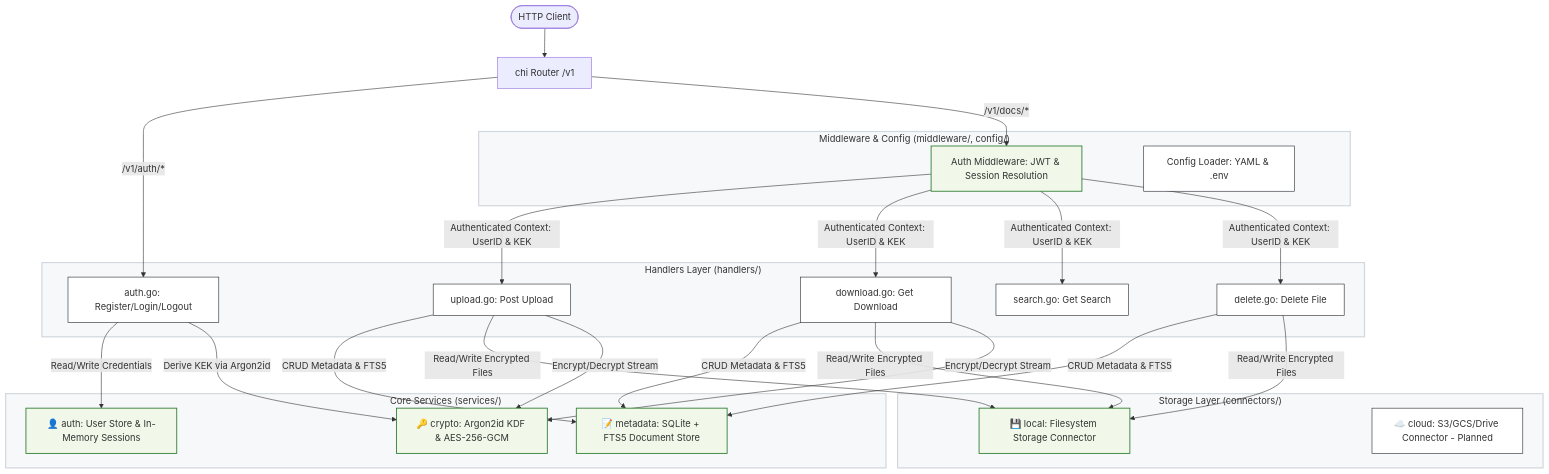
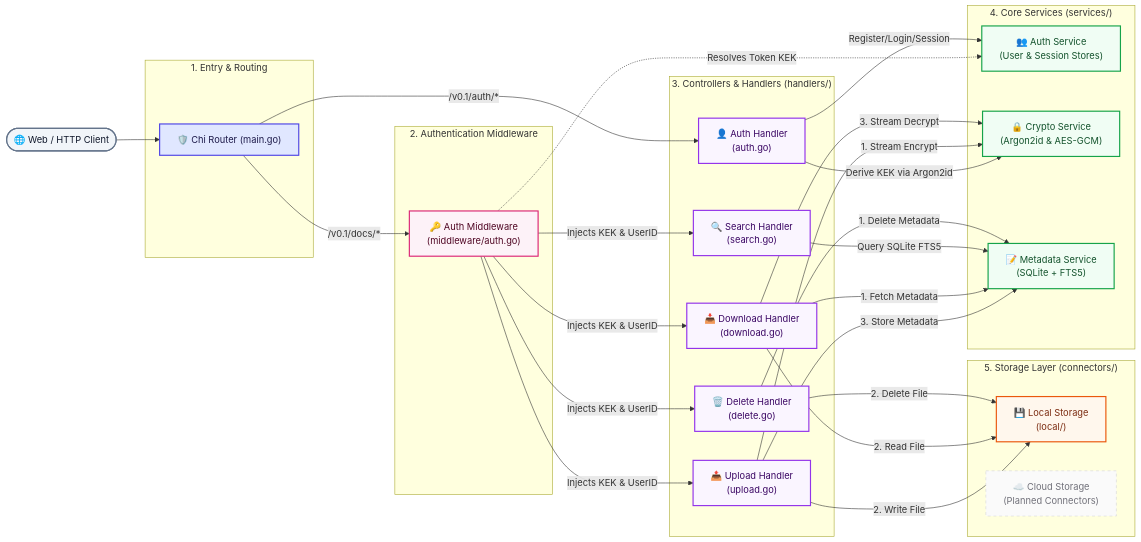
One commit to Kyei-Ernest/lamba changed the first of 3 diagrams in README.md. Above: the diagram before and after it, drawn with Mermaid. The commit also changed other lines of this file, not shown here.

````diff
--- a/README.md
+++ b/README.md
@@ -65,48 +65,83 @@
 ```mermaid
-graph TD
-    classDef layer fill:#f6f8fa,stroke:#d0d7de,stroke-width:2px;
-    classDef component fill:#ffffff,stroke:#1f2328,stroke-width:1px;
-    classDef active fill:#f1f8e9,stroke:#2e7d32,stroke-width:1.5px;
+graph LR
+    %% Custom styles for gorgeous look
+    classDef client fill:#f1f5f9,stroke:#64748b,stroke-width:2px,color:#0f172a;
+    classDef router fill:#e0e7ff,stroke:#4f46e5,stroke-width:2px,color:#1e1b4b;
+    classDef middleware fill:#fdf2f8,stroke:#db2777,stroke-width:2px,color:#500724;
+    classDef handler fill:#faf5ff,stroke:#9333ea,stroke-width:2px,color:#3b0764;
+    classDef service fill:#f0fdf4,stroke:#16a34a,stroke-width:2px,color:#14532d;
+    classDef storage fill:#fff7ed,stroke:#ea580c,stroke-width:2px,color:#7c2d12;
+    classDef inactive fill:#fafafa,stroke:#d4d4d8,stroke-width:1px,color:#71717a,stroke-dasharray: 5 5;
+
+    %% Nodes
+    Client([🌐 Web / HTTP Client])
     
-    Client([HTTP Client]) --> Mux[chi Router /v1]
-
-    subgraph Handlers ["Handlers Layer (handlers/)"]
-        auth_h[auth.go: Register/Login/Logout]
-        upload_h[upload.go: Post Upload]
-        download_h[download.go: Get Download]
-        search_h[search.go: Get Search]
-        delete_h[delete.go: Delete File]
+    subgraph Routing ["1. Entry & Routing"]
+        Mux["🛡️ Chi Router (main.go)"]
+    end
+    
+    subgraph Auth_MW ["2. Authentication Middleware"]
+        auth_mw["🔑 Auth Middleware<br/>(middleware/auth.go)"]
+    end
+    
+    subgraph Handlers ["3. Controllers & Handlers (handlers/)"]
+        auth_h["👤 Auth Handler<br/>(auth.go)"]
+        upload_h["📤 Upload Handler<br/>(upload.go)"]
+        download_h["📥 Download Handler<br/>(download.go)"]
+        search_h["🔍 Search Handler<br/>(search.go)"]
+        delete_h["🗑️ Delete Handler<br/>(delete.go)"]
+    end
+    
+    subgraph Services ["4. Core Services (services/)"]
+        auth_s["👥 Auth Service<br/>(User & Session Stores)"]
+        crypto_s["🔒 Crypto Service<br/>(Argon2id & AES-GCM)"]
+        meta_s["📝 Metadata Service<br/>(SQLite + FTS5)"]
+    end
+    
+    subgraph Storage ["5. Storage Layer (connectors/)"]
+        conn_local["💾 Local Storage<br/>(local/)"]
+        conn_cloud["☁️ Cloud Storage<br/>(Planned Connectors)"]
     end
 
-    subgraph Middleware ["Middleware & Config (middleware/, config/)"]
-        auth_mw[Auth Middleware: JWT & Session Resolution]
-        cfg[Config Loader: YAML & .env]
-    end
-
-    subgraph Services ["Core Services (services/)"]
-        crypto_s[🔑 crypto: Argon2id KDF & AES-256-GCM]
-        auth_s[👤 auth: User Store & In-Memory Sessions]
-        meta_s[📝 metadata: SQLite + FTS5 Document Store]
-    end
-
-    subgraph Storage ["Storage Layer (connectors/)"]
-        conn_local[💾 local: Filesystem Storage Connector]
-        conn_cloud[☁️ cloud: S3/GCS/Drive Connector - Planned]
-    end
-
-    Mux -->|"/v1/auth/*"| auth_h
-    Mux -->|"/v1/docs/*"| auth_mw
-    auth_mw -->|Authenticated Context: UserID & KEK| upload_h & download_h & search_h & delete_h
-
-    auth_h -->|Read/Write Credentials| auth_s
+    %% Connections
+    Client --> Mux
+    
+    %% Public Routes
+    Mux -->|"/v0.1/auth/*"| auth_h
+    
+    %% Protected Routes
+    Mux -->|"/v0.1/docs/*"| auth_mw
+    auth_mw -->|Injects KEK & UserID| upload_h
+    auth_mw -->|Injects KEK & UserID| download_h
+    auth_mw -->|Injects KEK & UserID| search_h
+    auth_mw -->|Injects KEK & UserID| delete_h
+    
+    %% Middleware resolving session
+    auth_mw -.->|Resolves Token KEK| auth_s
+    
+    %% Handler service interactions
+    auth_h -->|Register/Login/Session| auth_s
     auth_h -->|Derive KEK via Argon2id| crypto_s
     
-    upload_h & download_h & delete_h -->|CRUD Metadata & FTS5| meta_s
-    upload_h & download_h & delete_h -->|Read/Write Encrypted Files| conn_local
+    upload_h -->|1. Stream Encrypt| crypto_s
+    upload_h -->|2. Write File| conn_local
+    upload_h -->|3. Store Metadata| meta_s
     
-    upload_h & download_h -->|Encrypt/Decrypt Stream| crypto_s
+    download_h -->|1. Fetch Metadata| meta_s
+    download_h -->|2. Read File| conn_local
+    download_h -->|3. Stream Decrypt| crypto_s
+    
+    search_h -->|Query SQLite FTS5| meta_s
+    
+    delete_h -->|1. Delete Metadata| meta_s
+    delete_h -->|2. Delete File| conn_local
 
-    class Handlers,Middleware,Services,Storage layer;
-    class auth_h,upload_h,download_h,search_h,delete_h,auth_mw,cfg,crypto_s,auth_s,meta_s,conn_local,conn_cloud component;
-    class auth_mw,crypto_s,auth_s,meta_s,conn_local active;
+    %% Classes
+    class Client client;
+    class Mux router;
+    class auth_mw middleware;
+    class auth_h,upload_h,download_h,search_h,delete_h handler;
+    class auth_s,crypto_s,meta_s service;
+    class conn_local storage;
+    class conn_cloud inactive;
 ```
````
